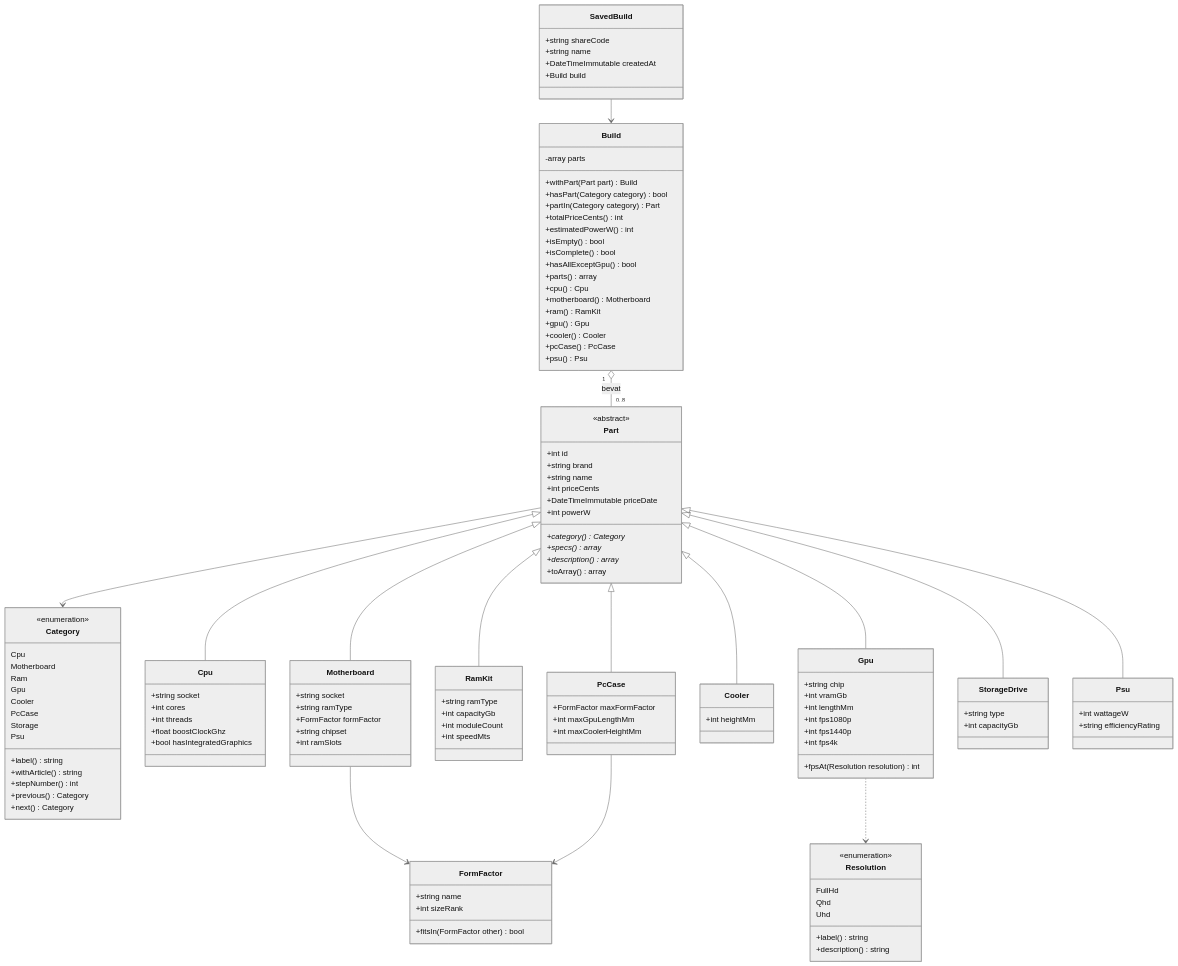
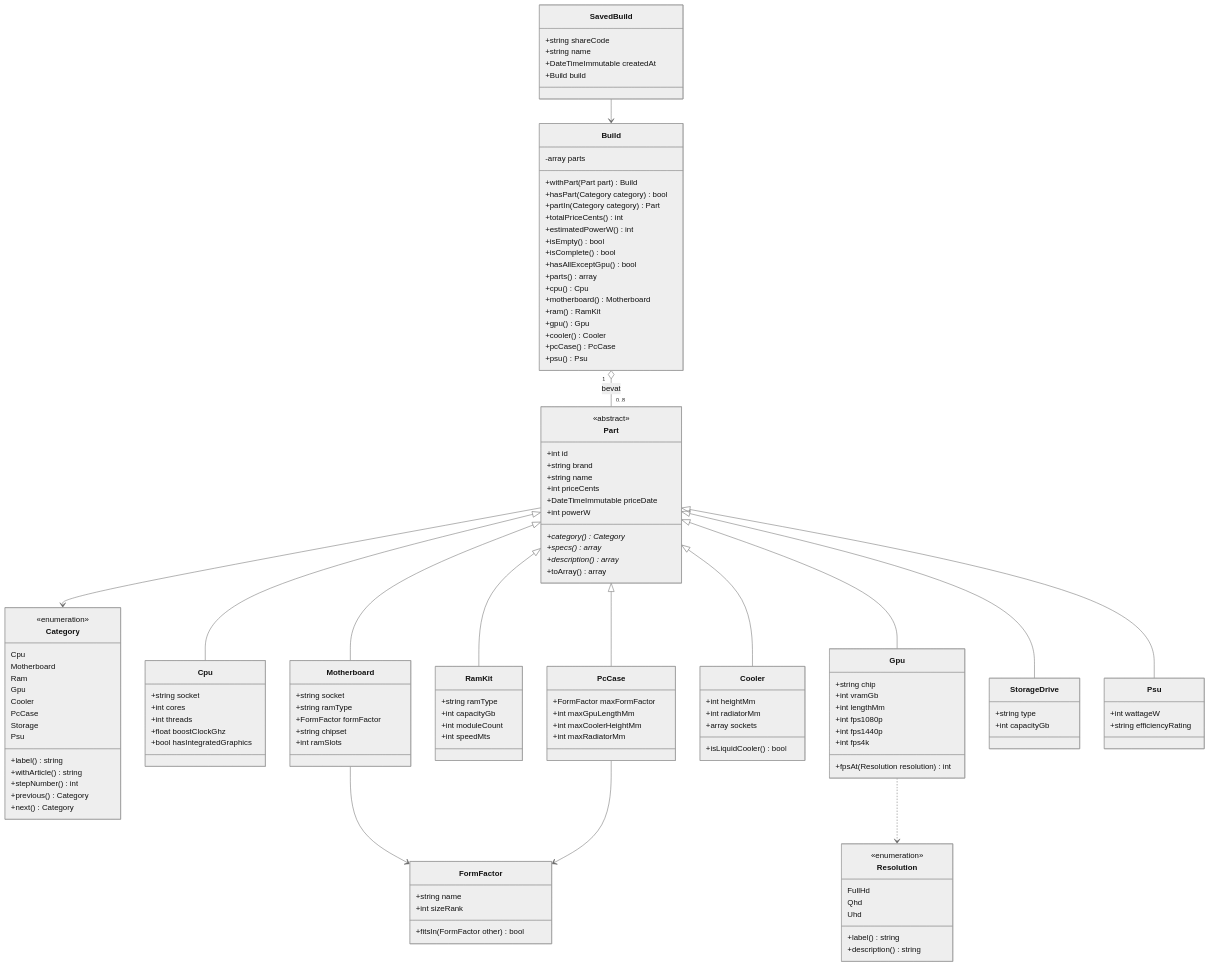
Before and after one commit to Niels023/pc-bouwplanner: the fourth of 9 diagrams in docs/ontwerp.md, drawn with Mermaid (neutral theme). The commit also changed other lines of this file and 4 other files, not shown here.

```diff
--- a/docs/ontwerp.md
+++ b/docs/ontwerp.md
@@ -279,11 +295,15 @@
     }
     class Cooler {
         +int heightMm
+        +int radiatorMm
+        +array sockets
+        +isLiquidCooler() bool
     }
     class PcCase {
         +FormFactor maxFormFactor
         +int maxGpuLengthMm
         +int maxCoolerHeightMm
+        +int maxRadiatorMm
     }
     class StorageDrive {
         +string type
```
